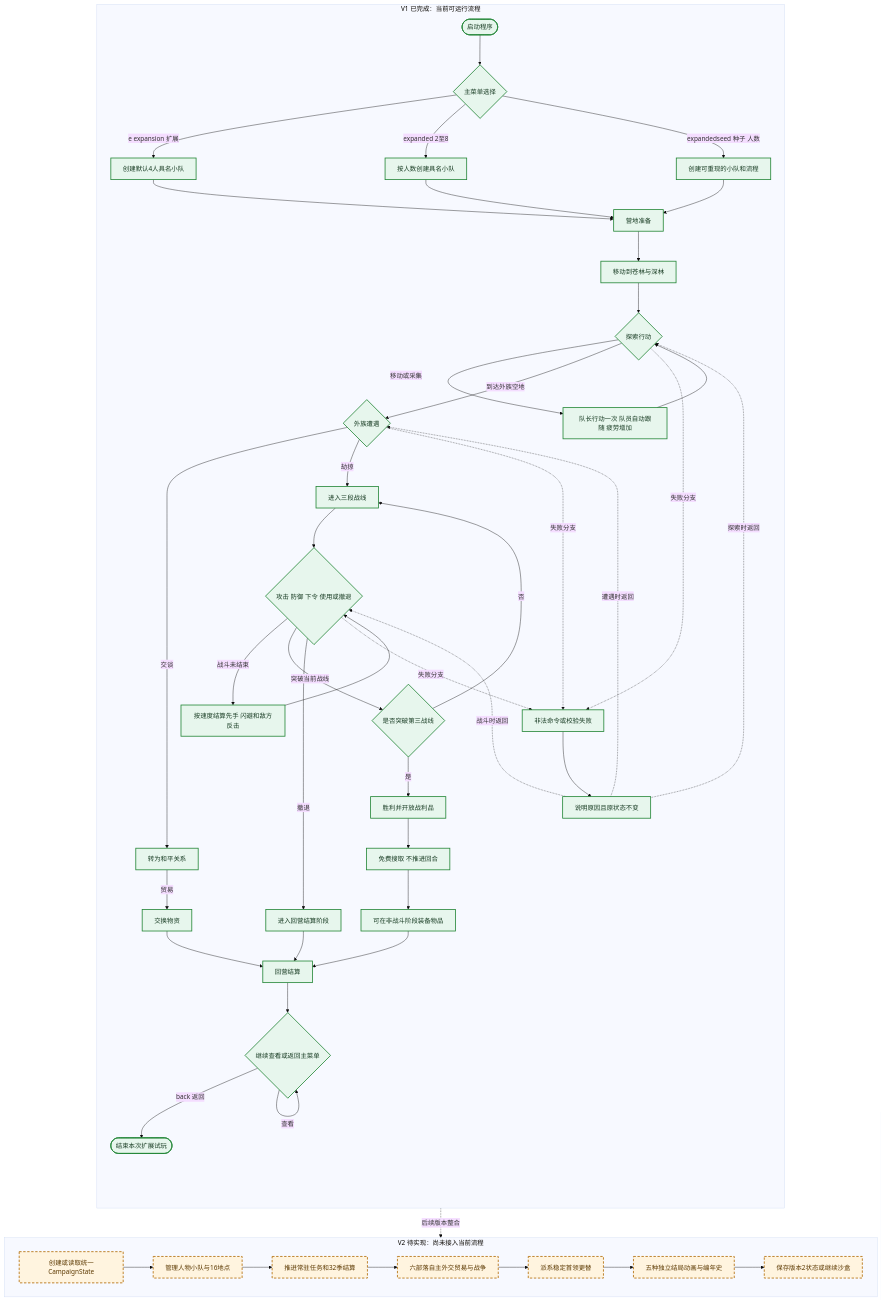
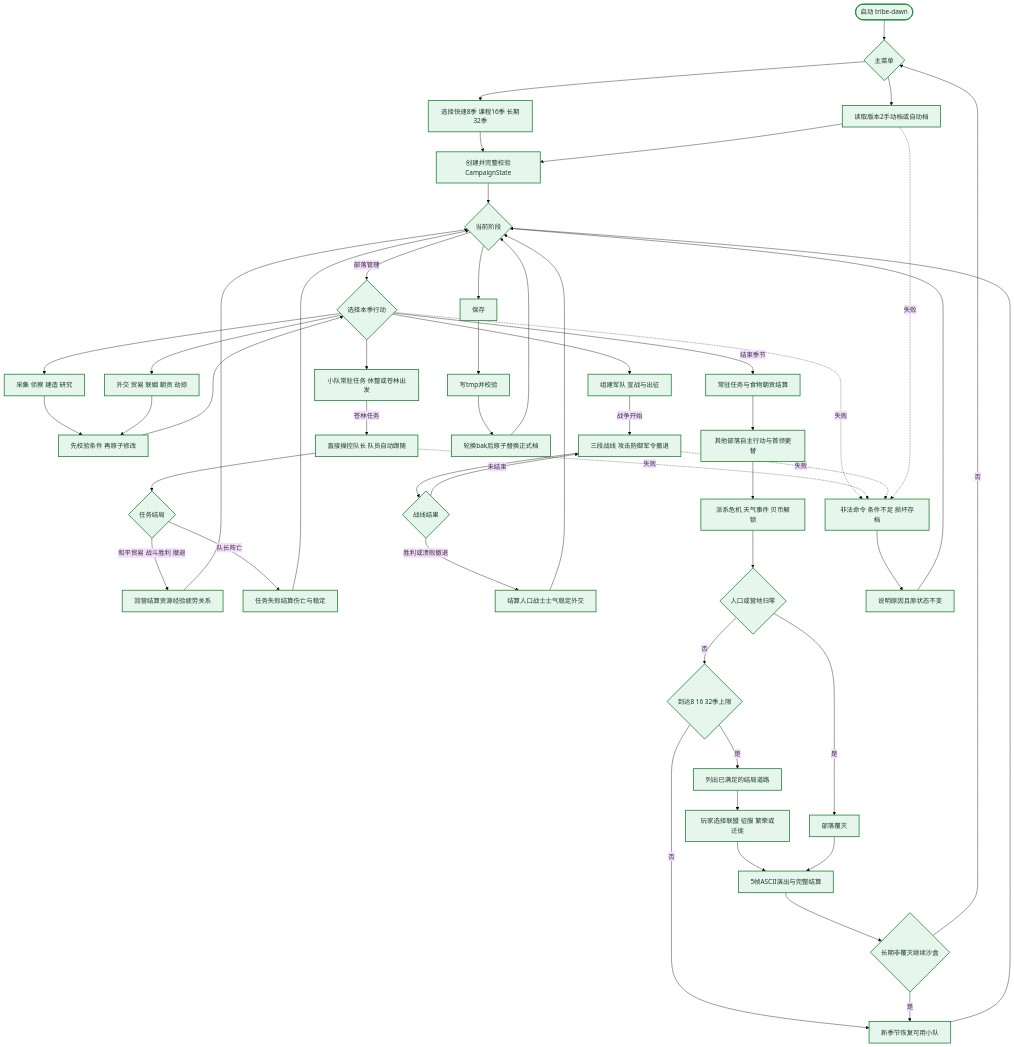
Before and after one commit to gs8-79/new-game: the diagram in formal/docs/diagrams/expanded/04-core-flow-expanded.mmd, drawn with Mermaid (base theme). The commit also changed 38 other files, not shown here.

Commit message:
feat: deliver Tribe Dawn expansion V2

```diff
--- a/formal/docs/diagrams/expanded/04-core-flow-expanded.mmd
+++ b/formal/docs/diagrams/expanded/04-core-flow-expanded.mmd
@@ -1,62 +1,53 @@
 flowchart TB
-    subgraph V1[V1 已完成：当前可运行流程]
-      direction TB
-      A([启动程序]) --> B{主菜单选择}
-      B -- e expansion 扩展 --> C[创建默认4人具名小队]
-      B -- expanded 2至8 --> D[按人数创建具名小队]
-      B -- expandedseed 种子 人数 --> E[创建可重现的小队和流程]
-      C --> F[营地准备]
-      D --> F
-      E --> F
-
-      F --> G[移动到苍林与深林]
-      G --> H{探索行动}
-      H -- 移动或采集 --> I[队长行动一次 队员自动跟随 疲劳增加]
-      I --> H
-      H -- 到达外族空地 --> J{外族遭遇}
-
-      J -- 交谈 --> K[转为和平关系]
-      K -- 贸易 --> L[交换物资]
-      J -- 劫掠 --> M[进入三段战线]
-      M --> N{攻击 防御 下令 使用或撤退}
-      N -- 战斗未结束 --> O[按速度结算先手 闪避和敌方反击]
-      O --> N
-      N -- 突破当前战线 --> P{是否突破第三战线}
-      P -- 否 --> M
-      P -- 是 --> Q[胜利并开放战利品]
-      Q --> R[免费搜取 不推进回合]
-      R --> S[可在非战斗阶段装备物品]
-      N -- 撤退 --> T[进入回营结算阶段]
-
-      L --> U[回营结算]
-      S --> U
-      T --> U
-      U --> V{继续查看或返回主菜单}
-      V -- back 返回 --> W([结束本次扩展试玩])
-      V -- 查看 --> V
-
-      X[非法命令或校验失败] --> Y[说明原因且原状态不变]
-      H -. 失败分支 .-> X
-      J -. 失败分支 .-> X
-      N -. 失败分支 .-> X
-      Y -. 探索时返回 .-> H
-      Y -. 遭遇时返回 .-> J
-      Y -. 战斗时返回 .-> N
-    end
-
-    subgraph V2[V2 待实现：尚未接入当前流程]
-      direction LR
-      V2A[创建或读取统一CampaignState] --> V2B[管理人物小队与16地点]
-      V2B --> V2C[推进常驻任务和32季结算]
-      V2C --> V2D[六部落自主外交贸易与战争]
-      V2D --> V2E[派系稳定首领更替]
-      V2E --> V2F[五种独立结局动画与编年史]
-      V2F --> V2G[保存版本2状态或继续沙盒]
-    end
-
-    W -. 后续版本整合 .-> V2A
-
+    A([启动 tribe-dawn]) --> B{主菜单}
+    B --> C[选择快速8季 课程16季 长期32季]
+    B --> D[读取版本2手动档或自动档]
+    C --> E[创建并完整校验CampaignState]
+    D --> E
+    E --> F{当前阶段}
+    F -- 部落管理 --> G{选择本季行动}
+    G --> H[采集 侦察 建造 研究]
+    G --> I[外交 贸易 联姻 朝贡 劫掠]
+    G --> J[小队常驻任务 休整或苍林出发]
+    G --> K[组建军队 宣战与出征]
+    H --> L[先校验条件 再原子修改]
+    I --> L
+    J -- 苍林任务 --> M[直接操控队长 队员自动跟随]
+    K -- 战争开始 --> N[三段战线 攻击防御军令撤退]
+    L --> G
+    M --> M1{任务结局}
+    M1 -- 和平贸易 战斗胜利 撤退 --> M2[回营结算资源经验疲劳关系]
+    M1 -- 队长阵亡 --> M3[任务失败结算伤亡与稳定]
+    M2 --> F
+    M3 --> F
+    N --> N1{战线结果}
+    N1 -- 未结束 --> N
+    N1 -- 胜利或溃败撤退 --> N2[结算人口战士士气稳定外交]
+    N2 --> F
+    G -- 结束季节 --> O[常驻任务与食物朝贡结算]
+    O --> P[其他部落自主行动与首领更替]
+    P --> Q[派系危机 天气事件 贝币解锁]
+    Q --> R{人口或营地归零}
+    R -- 是 --> X[部落覆灭]
+    R -- 否 --> S{到达8 16 32季上限}
+    S -- 否 --> T[新季节恢复可用小队]
+    T --> F
+    S -- 是 --> U[列出已满足的结局道路]
+    U --> V[玩家选择联盟 征服 繁荣或迁徙]
+    V --> W[5帧ASCII演出与完整结算]
+    X --> W
+    W --> Y{长期非覆灭继续沙盒}
+    Y -- 是 --> T
+    Y -- 否 --> B
+    Z[非法命令 条件不足 损坏存档] --> Z1[说明原因且原状态不变]
+    G -.失败.-> Z
+    M -.失败.-> Z
+    N -.失败.-> Z
+    D -.失败.-> Z
+    Z1 --> F
+    AA[保存] --> AB[写tmp并校验]
+    AB --> AC[轮换bak后原子替换正式档]
+    F --> AA
+    AC --> F
     classDef done fill:#e7f6ed,stroke:#238636,color:#173b22,stroke-width:2px
-    classDef pending fill:#fff4df,stroke:#b26a00,color:#5c3900,stroke-width:2px,stroke-dasharray: 6 4
-    class A,B,C,D,E,F,G,H,I,J,K,L,M,N,O,P,Q,R,S,T,U,V,W,X,Y done
-    class V2A,V2B,V2C,V2D,V2E,V2F,V2G pending
+    class A,B,C,D,E,F,G,H,I,J,K,L,M,M1,M2,M3,N,N1,N2,O,P,Q,R,S,T,U,V,W,X,Y,Z,Z1,AA,AB,AC done
```
